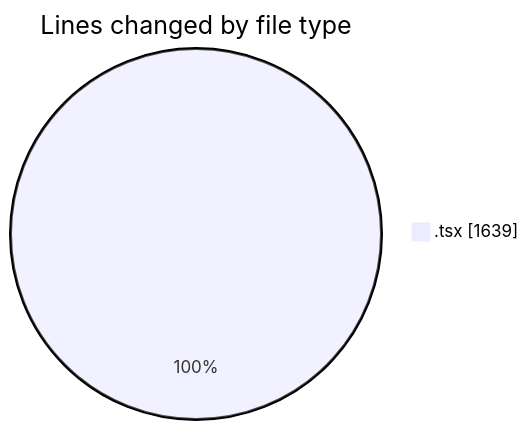
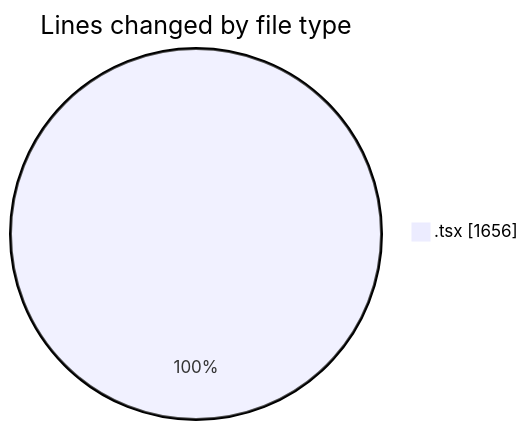
One commit to momahboobian/code-tracking changed the first of 2 diagrams in 2025-09-30/cda/README.md. Above: the diagram before and after it, drawn with Mermaid. The commit also changed other lines of this file and 1 other file, not shown here.

````diff
--- a/2025-09-30/cda/README.md
+++ b/2025-09-30/cda/README.md
@@ -21,5 +21,5 @@
 ```mermaid
 pie showData
 title Lines changed by file type
-".tsx" : 1639
+".tsx" : 1656
 ```
````
